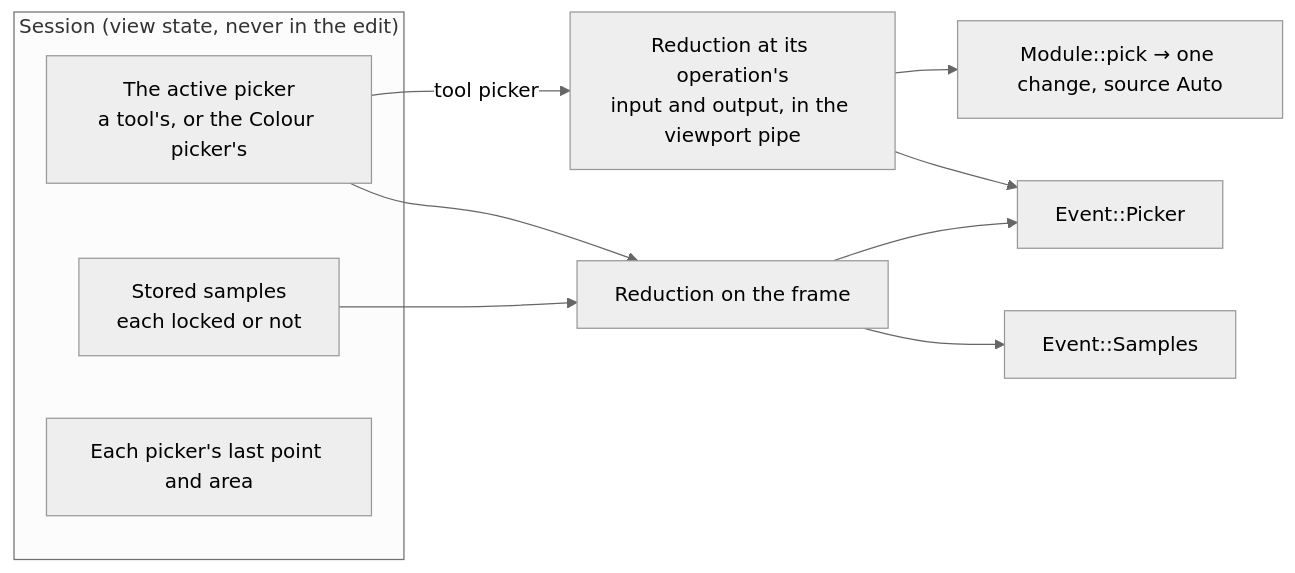
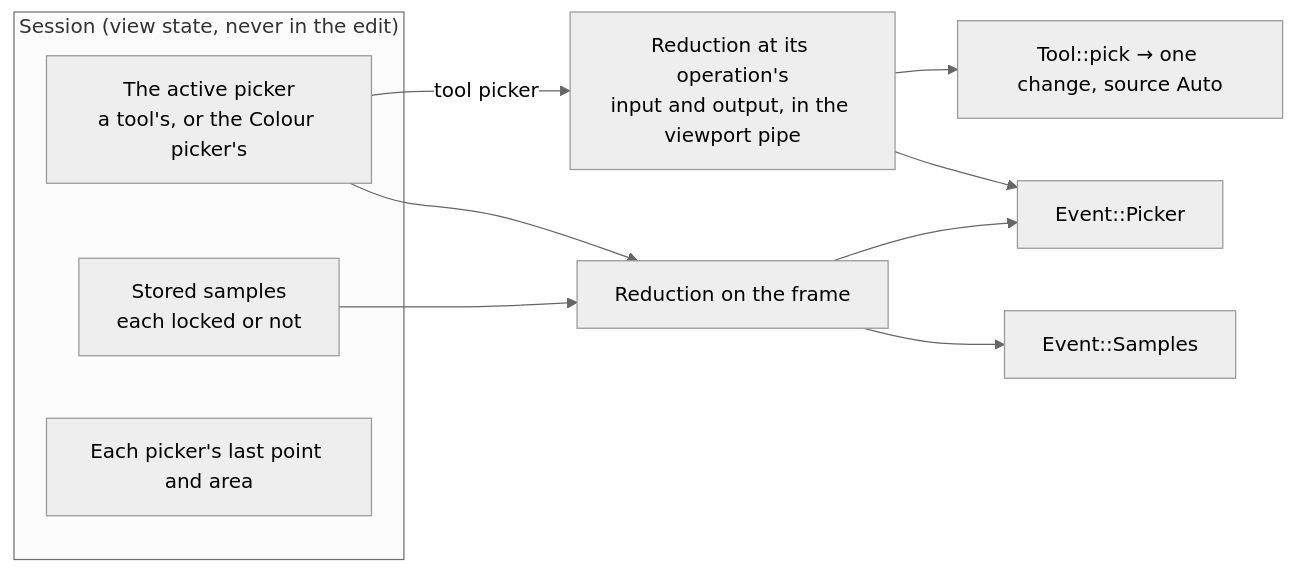
One commit to apertrust/apertrust changed the diagram in docs/pickers.md. Above: the diagram before and after it, drawn with Mermaid (neutral theme). The commit also changed other lines of this file and 201 other files, not shown here.

````diff
--- a/docs/pickers.md
+++ b/docs/pickers.md
@@ -35,15 +35,15 @@
 ```mermaid
 flowchart LR
     subgraph session["Session (view state, never in the edit)"]
         A["The active picker<br/>a tool's, or the Colour picker's"]
         L["Stored samples<br/>each locked or not"]
         R["Each picker's last point and area"]
     end
     A -->|"tool picker"| M["Reduction at its operation's<br/>input and output, in the viewport pipe"]
     A --> F["Reduction on the frame"]
     L --> F
-    M --> P["Module::pick → one change, source Auto"]
+    M --> P["Tool::pick → one change, source Auto"]
     M --> E1["Event::Picker"]
     F --> E1
     F --> E2["Event::Samples"]
 ```
````
